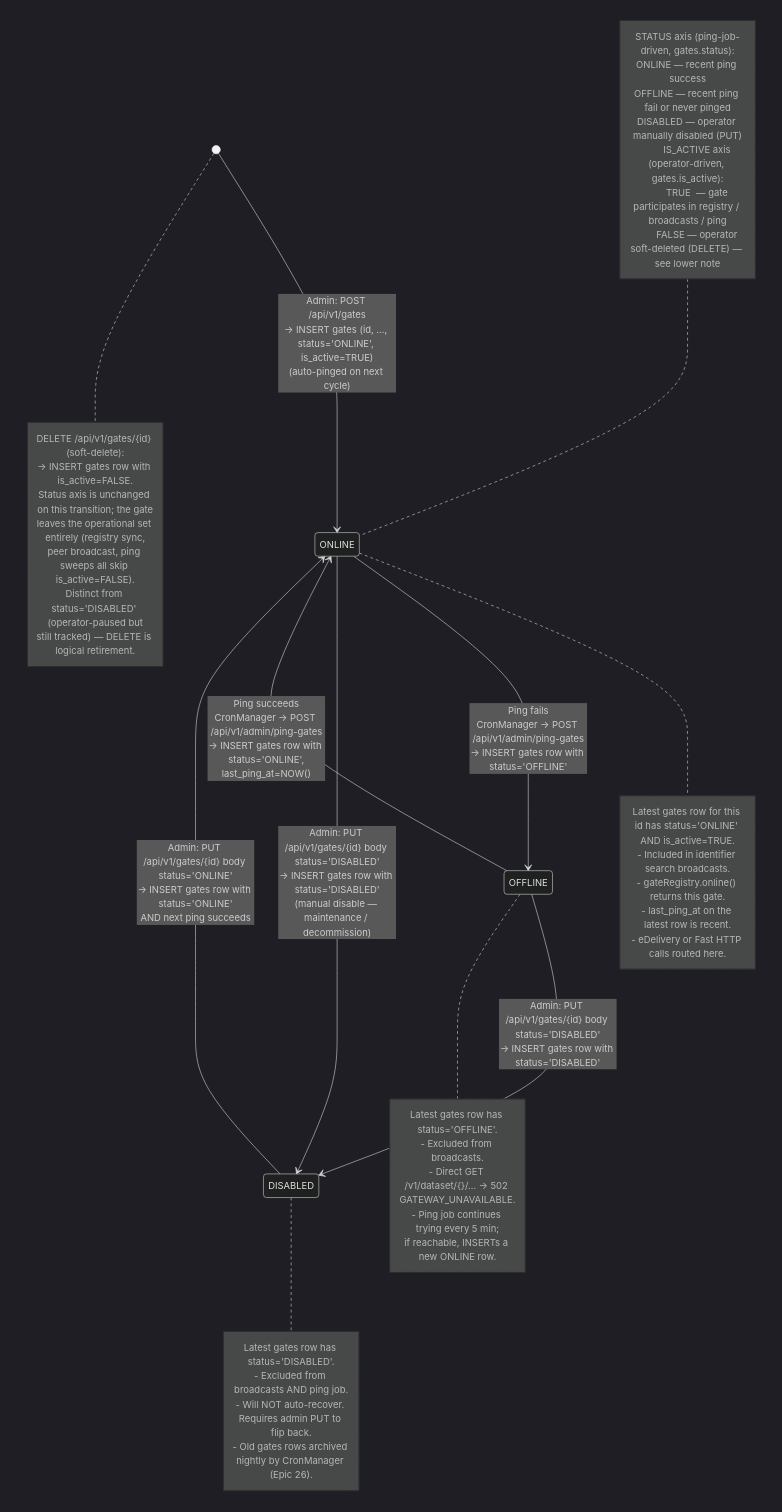
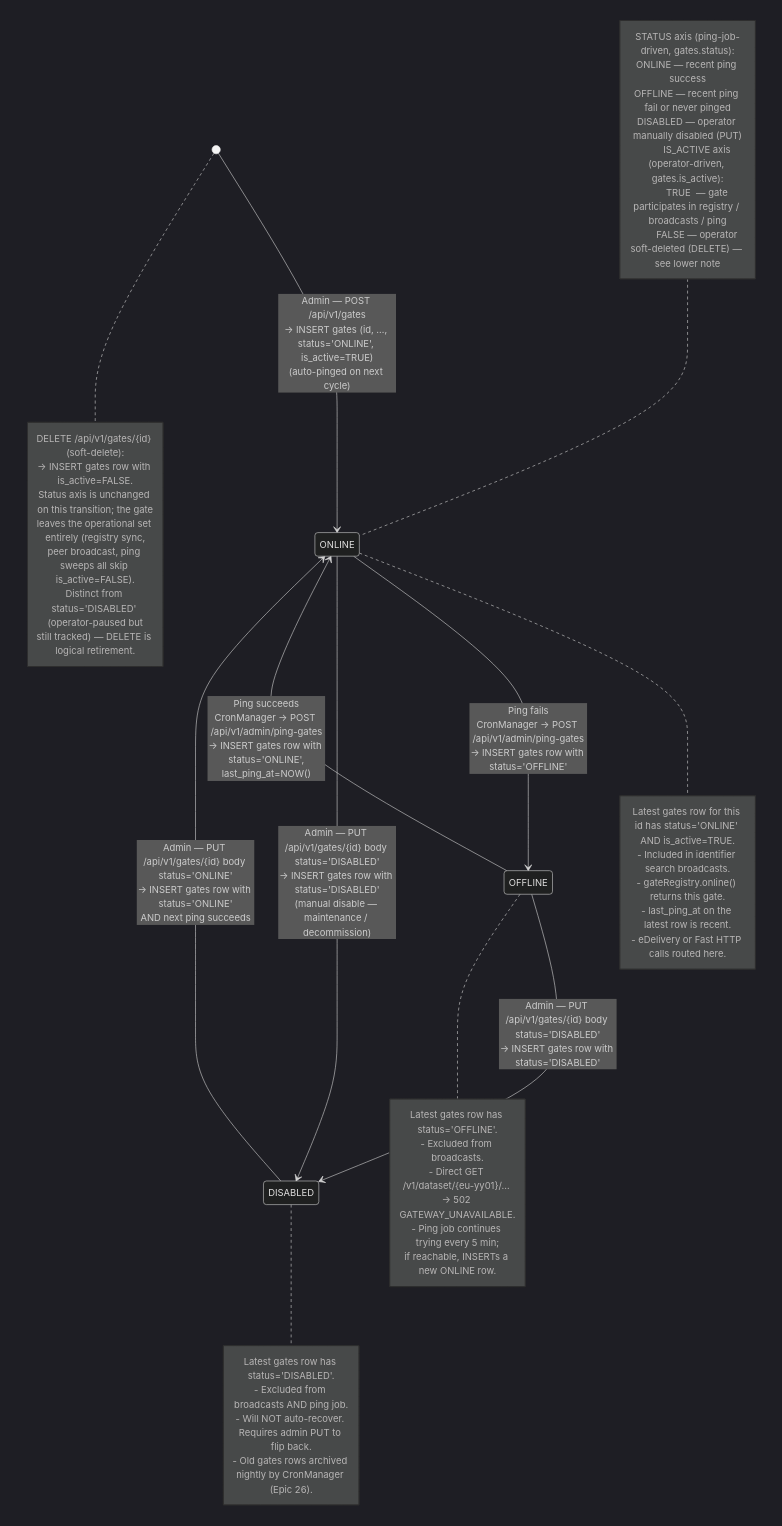
Before and after one commit to kemit-ee/efti-gate-ee: the diagram in docs/specs/diagrams/state-05-gate-health.mmd, drawn with Mermaid (dark theme). The commit also changed 25 other files, not shown here.

```diff
--- a/docs/specs/diagrams/state-05-gate-health.mmd
+++ b/docs/specs/diagrams/state-05-gate-health.mmd
@@ -1,56 +1,56 @@
 stateDiagram-v2
-    [*] --> ONLINE: Admin: POST /api/v1/gates<br/>→ INSERT gates (id, …, status='ONLINE', is_active=TRUE)<br/>(auto-pinged on next cycle)
+    [*] --> ONLINE: Admin — POST /api/v1/gates<br/>→ INSERT gates (id, …, status='ONLINE', is_active=TRUE)<br/>(auto-pinged on next cycle)
 
     ONLINE --> OFFLINE: Ping fails<br/>CronManager → POST /api/v1/admin/ping-gates<br/>→ INSERT gates row with status='OFFLINE'
 
     OFFLINE --> ONLINE: Ping succeeds<br/>CronManager → POST /api/v1/admin/ping-gates<br/>→ INSERT gates row with status='ONLINE',<br/>last_ping_at=NOW()
 
-    ONLINE --> DISABLED: Admin: PUT /api/v1/gates/{id} body status='DISABLED'<br/>→ INSERT gates row with status='DISABLED'<br/>(manual disable — maintenance / decommission)
+    ONLINE --> DISABLED: Admin — PUT /api/v1/gates/{id} body status='DISABLED'<br/>→ INSERT gates row with status='DISABLED'<br/>(manual disable — maintenance / decommission)
 
-    OFFLINE --> DISABLED: Admin: PUT /api/v1/gates/{id} body status='DISABLED'<br/>→ INSERT gates row with status='DISABLED'
+    OFFLINE --> DISABLED: Admin — PUT /api/v1/gates/{id} body status='DISABLED'<br/>→ INSERT gates row with status='DISABLED'
 
-    DISABLED --> ONLINE: Admin: PUT /api/v1/gates/{id} body status='ONLINE'<br/>→ INSERT gates row with status='ONLINE'<br/>AND next ping succeeds
+    DISABLED --> ONLINE: Admin — PUT /api/v1/gates/{id} body status='ONLINE'<br/>→ INSERT gates row with status='ONLINE'<br/>AND next ping succeeds
 
     note left of ONLINE
         STATUS axis (ping-job-driven, gates.status):
         ONLINE — recent ping success
         OFFLINE — recent ping fail or never pinged
         DISABLED — operator manually disabled (PUT)
 
         IS_ACTIVE axis (operator-driven, gates.is_active):
         TRUE  — gate participates in registry / broadcasts / ping
         FALSE — operator soft-deleted (DELETE) — see lower note
     end note
 
     note right of ONLINE
         Latest gates row for this id has status='ONLINE' AND is_active=TRUE.
         - Included in identifier search broadcasts.
         - gateRegistry.online() returns this gate.
         - last_ping_at on the latest row is recent.
         - eDelivery or Fast HTTP calls routed here.
     end note
 
     note right of OFFLINE
         Latest gates row has status='OFFLINE'.
         - Excluded from broadcasts.
-        - Direct GET /v1/dataset/{<peerGateA>}/… → 502 GATEWAY_UNAVAILABLE.
+        - Direct GET /v1/dataset/{eu-yy01}/… → 502 GATEWAY_UNAVAILABLE.
         - Ping job continues trying every 5 min;
           if reachable, INSERTs a new ONLINE row.
     end note
 
     note right of DISABLED
         Latest gates row has status='DISABLED'.
         - Excluded from broadcasts AND ping job.
         - Will NOT auto-recover. Requires admin PUT to flip back.
         - Old gates rows archived nightly by CronManager (Epic 26).
     end note
 
     note right of [*]
         DELETE /api/v1/gates/{id} (soft-delete):
         → INSERT gates row with is_active=FALSE.
         Status axis is unchanged on this transition; the gate
         leaves the operational set entirely (registry sync,
         peer broadcast, ping sweeps all skip is_active=FALSE).
         Distinct from status='DISABLED' (operator-paused but
         still tracked) — DELETE is logical retirement.
     end note
```
